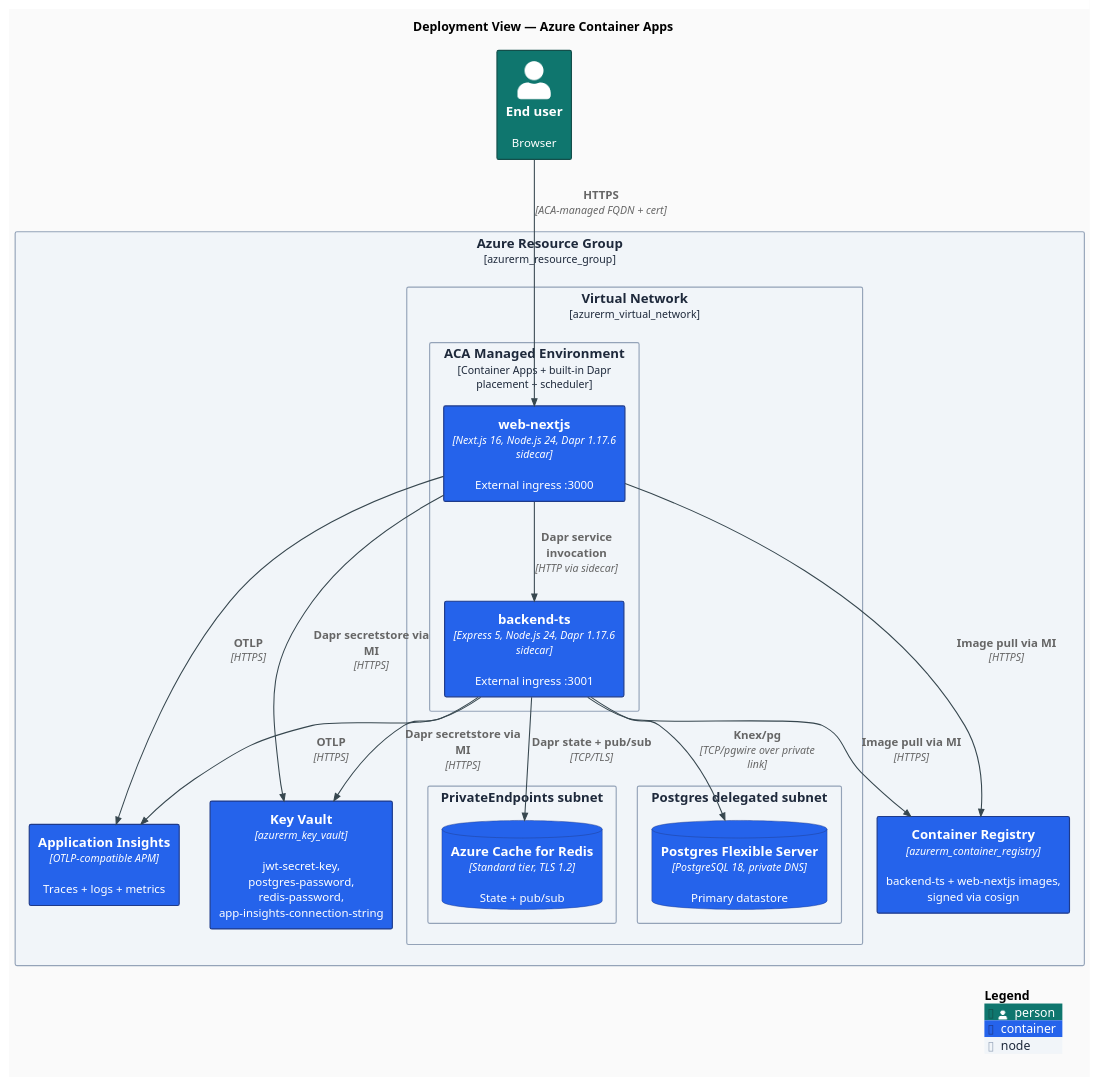
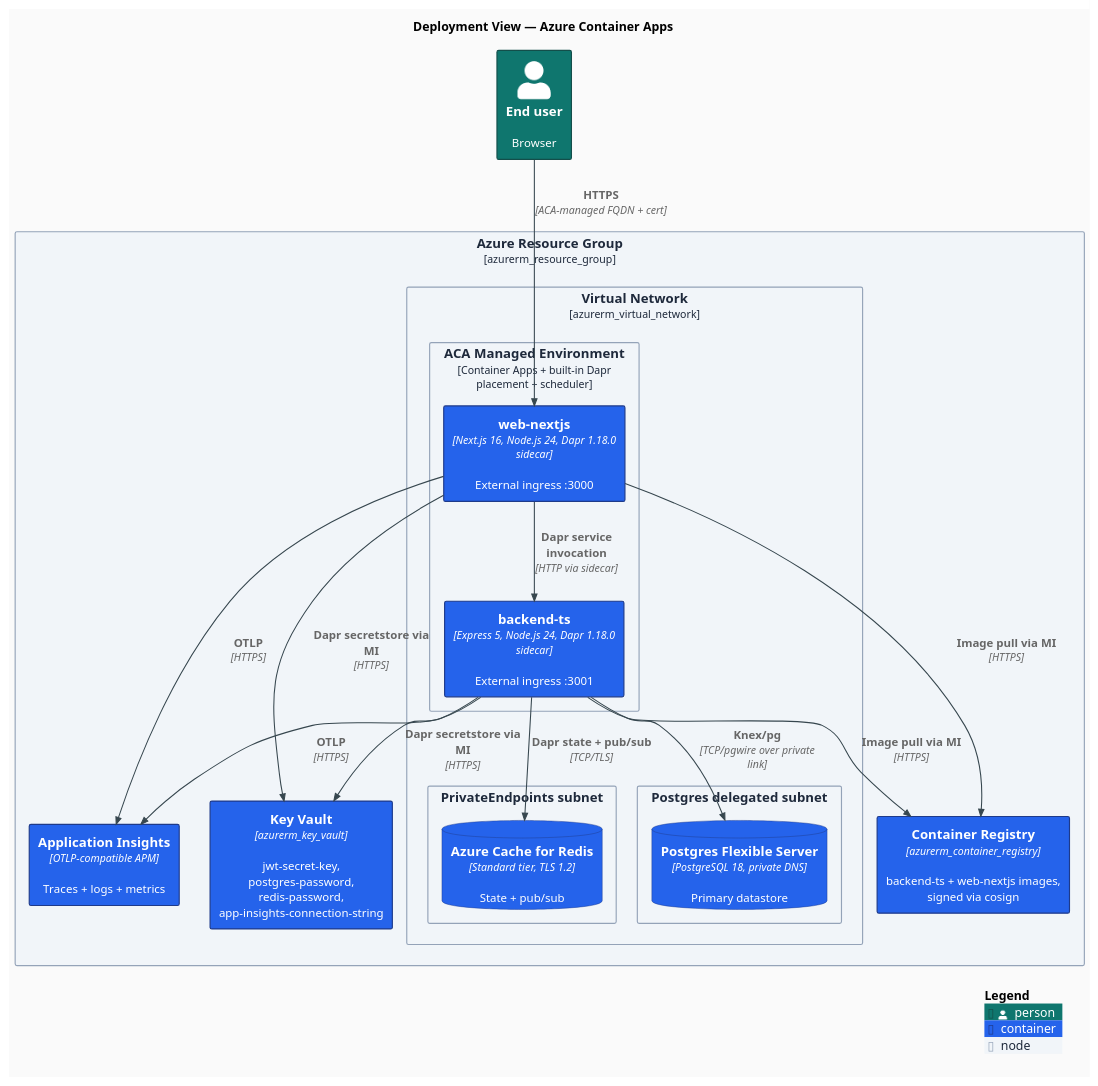
The diagram in docs/diagrams/c4-deployment.puml (AndriyKalashnykov/dapr-nodejs-nextjs), drawn with PlantUML before and after one commit. The commit also changed 18 other files, not shown here.

```diff
--- a/docs/diagrams/c4-deployment.puml
+++ b/docs/diagrams/c4-deployment.puml
@@ -1,53 +1,53 @@
 @startuml c4-deployment
 !include https://raw.githubusercontent.com/plantuml-stdlib/C4-PlantUML/v2.11.0/C4_Deployment.puml
 
 ' Modern flat styling: no shadows, sharper corners, clean sans-serif, modern palette.
 skinparam backgroundColor #FAFAFA
 skinparam shadowing false
 skinparam roundCorner 4
 skinparam defaultFontName "Inter, Helvetica, Arial, sans-serif"
 skinparam defaultFontSize 13
 skinparam ArrowColor #37474F
 skinparam ArrowThickness 1.2
 skinparam rectangleBorderThickness 1.3
 
 UpdateElementStyle("person",       $fontColor="#FFFFFF", $bgColor="#0F766E", $borderColor="#134E4A")
 UpdateElementStyle("container",    $fontColor="#FFFFFF", $bgColor="#2563EB", $borderColor="#1E3A8A")
 UpdateElementStyle("container_db", $fontColor="#FFFFFF", $bgColor="#7C3AED", $borderColor="#4C1D95")
 UpdateElementStyle("node",         $bgColor="#F1F5F9", $borderColor="#94A3B8", $fontColor="#1E293B")
 
 title Deployment View — Azure Container Apps
 
 Deployment_Node(rg, "Azure Resource Group", "azurerm_resource_group") {
   Deployment_Node(vnet, "Virtual Network", "azurerm_virtual_network") {
     Deployment_Node(aca_env, "ACA Managed Environment", "Container Apps + built-in Dapr placement + scheduler") {
-      Container(nextjs_aca, "web-nextjs", "Next.js 16, Node.js 24, Dapr 1.17.6 sidecar", "External ingress :3000")
-      Container(backend_aca, "backend-ts", "Express 5, Node.js 24, Dapr 1.17.6 sidecar", "External ingress :3001")
+      Container(nextjs_aca, "web-nextjs", "Next.js 16, Node.js 24, Dapr 1.18.0 sidecar", "External ingress :3000")
+      Container(backend_aca, "backend-ts", "Express 5, Node.js 24, Dapr 1.18.0 sidecar", "External ingress :3001")
     }
     Deployment_Node(pe_subnet, "PrivateEndpoints subnet") {
       ContainerDb(redis_aca, "Azure Cache for Redis", "Standard tier, TLS 1.2", "State + pub/sub")
     }
     Deployment_Node(pg_subnet, "Postgres delegated subnet") {
       ContainerDb(pg_aca, "Postgres Flexible Server", "PostgreSQL 18, private DNS", "Primary datastore")
     }
   }
   Container(kv, "Key Vault", "azurerm_key_vault", "jwt-secret-key, postgres-password, redis-password, app-insights-connection-string")
   Container(acr, "Container Registry", "azurerm_container_registry", "backend-ts + web-nextjs images, signed via cosign")
   Container(appins, "Application Insights", "OTLP-compatible APM", "Traces + logs + metrics")
 }
 
 Person(user, "End user", "Browser")
 
 Rel(user, nextjs_aca, "HTTPS", "ACA-managed FQDN + cert")
 Rel(nextjs_aca, backend_aca, "Dapr service invocation", "HTTP via sidecar")
 Rel(backend_aca, pg_aca, "Knex/pg", "TCP/pgwire over private link")
 Rel(backend_aca, redis_aca, "Dapr state + pub/sub", "TCP/TLS")
 Rel(nextjs_aca, kv, "Dapr secretstore via MI", "HTTPS")
 Rel(backend_aca, kv, "Dapr secretstore via MI", "HTTPS")
 Rel(nextjs_aca, acr, "Image pull via MI", "HTTPS")
 Rel(backend_aca, acr, "Image pull via MI", "HTTPS")
 Rel(nextjs_aca, appins, "OTLP", "HTTPS")
 Rel(backend_aca, appins, "OTLP", "HTTPS")
 
 SHOW_LEGEND()
 @enduml
```
